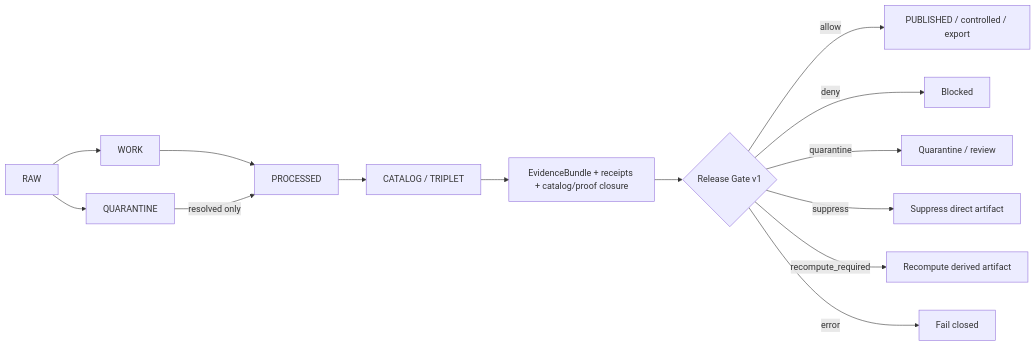
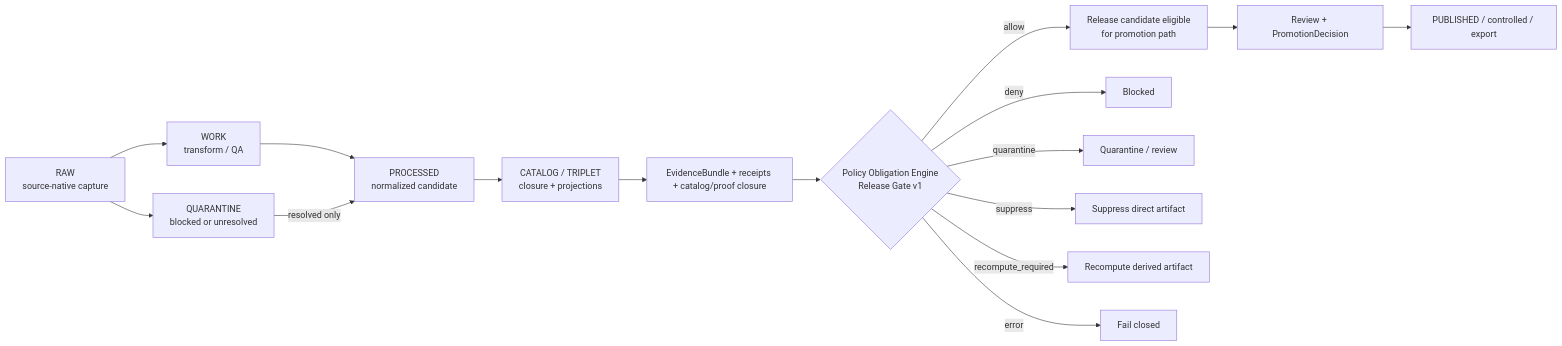
One commit to bartytime4life/Kansas-Frontier-Matrix changed the first of 2 diagrams in docs/adr/ADR-0241-policy-obligation-engine-and-release-gate.md. Above: the diagram before and after it, drawn with Mermaid. The commit also changed other lines of this file, not shown here.

````diff
--- a/docs/adr/ADR-0241-policy-obligation-engine-and-release-gate.md
+++ b/docs/adr/ADR-0241-policy-obligation-engine-and-release-gate.md
@@ -129,16 +181,20 @@
 ```mermaid
 flowchart LR
-    RAW[RAW] --> WORK[WORK]
-    RAW --> QUARANTINE[QUARANTINE]
-    WORK --> PROCESSED[PROCESSED]
+    RAW[RAW<br/>source-native capture] --> WORK[WORK<br/>transform / QA]
+    RAW --> QUARANTINE[QUARANTINE<br/>blocked or unresolved]
+    WORK --> PROCESSED[PROCESSED<br/>normalized candidate]
     QUARANTINE -->|resolved only| PROCESSED
-    PROCESSED --> CATALOG[CATALOG / TRIPLET]
+    PROCESSED --> CATALOG[CATALOG / TRIPLET<br/>closure + projections]
     CATALOG --> PROOF[EvidenceBundle + receipts + catalog/proof closure]
-    PROOF --> GATE{Release Gate v1}
-    GATE -->|allow| PUBLISHED[PUBLISHED / controlled / export]
+    PROOF --> GATE{Policy Obligation Engine<br/>Release Gate v1}
+
+    GATE -->|allow| RELEASE[Release candidate eligible<br/>for promotion path]
     GATE -->|deny| BLOCKED[Blocked]
     GATE -->|quarantine| HOLD[Quarantine / review]
     GATE -->|suppress| SUPPRESS[Suppress direct artifact]
     GATE -->|recompute_required| REBUILD[Recompute derived artifact]
     GATE -->|error| ERROR[Fail closed]
+
+    RELEASE --> REVIEW[Review + PromotionDecision]
+    REVIEW --> PUBLISHED[PUBLISHED / controlled / export]
 ```
````
